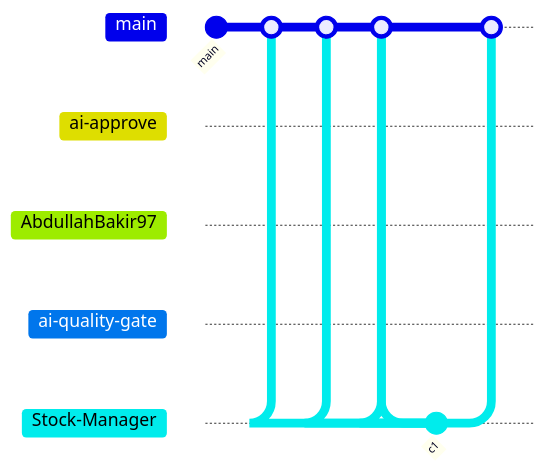
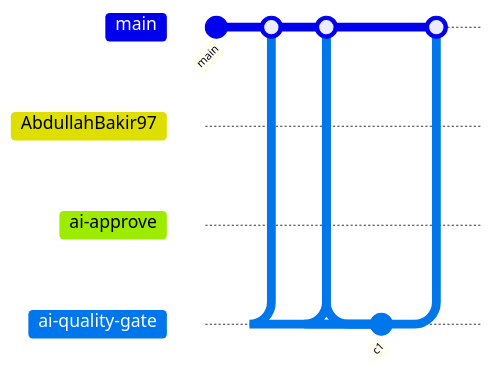
One commit to AbdullahBakir97/AbdullahBakir97 changed the diagram in README.md. Above: the diagram before and after it, drawn with Mermaid. The commit also changed other lines of this file and 6 other files, not shown here.

````diff
--- a/README.md
+++ b/README.md
@@ -336,24 +336,19 @@
 ```mermaid
 gitGraph
    commit id: "main"
+   branch AbdullahBakir97
+   checkout AbdullahBakir97
+   commit id: "c1"
+   checkout main
+   merge AbdullahBakir97
    branch ai-approve
    checkout ai-approve
    commit id: "c1"
    checkout main
    merge ai-approve
-   branch AbdullahBakir97
-   checkout AbdullahBakir97
-   commit id: "c1"
-   checkout main
-   merge AbdullahBakir97
    branch ai-quality-gate
    checkout ai-quality-gate
    commit id: "c1"
    checkout main
    merge ai-quality-gate
-   branch Stock-Manager
-   checkout Stock-Manager
-   commit id: "c1"
-   checkout main
-   merge Stock-Manager
 ```
````
